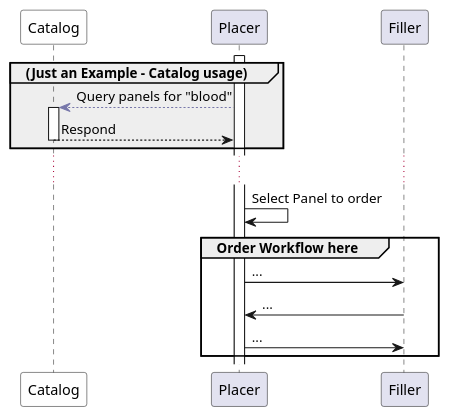
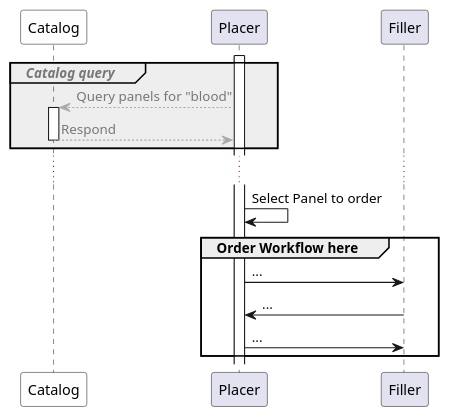
The diagram in input/images-source/initiation-catalog.plantuml (HL7/fhir-cow-ig), drawn with PlantUML before and after one commit. The commit also changed 1 other file, not shown here.

```diff
--- a/input/images-source/initiation-catalog.plantuml
+++ b/input/images-source/initiation-catalog.plantuml
@@ -1,21 +1,23 @@
 @startuml
 participant Catalog #fefefe
 participant Placer
 participant Filler
 
 activate Placer
-group #eee (Just an Example - Catalog usage)
-Placer -[#77a]-> Catalog: Query panels for "blood" 
+group #eee //<color:#777>Catalog query// 
+Placer -[#aaa]-> Catalog: <color:#777>Query panels for "blood" 
 activate Catalog
-Catalog --> Placer: Respond
+Catalog -[#aaa]-> Placer: <color:#777>Respond 
+
 deactivate Catalog
 end
+
 ...
 Placer -> Placer: Select Panel to order
 
 group Order Workflow here
 Placer -> Filler: ...
 Filler -> Placer: ...
 Placer -> Filler: ...
 end
-@enduml
+@enduml 
```
